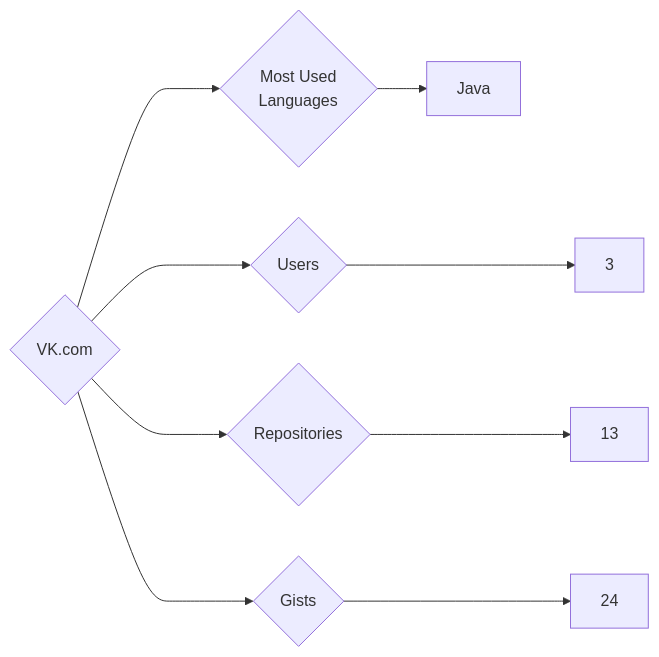
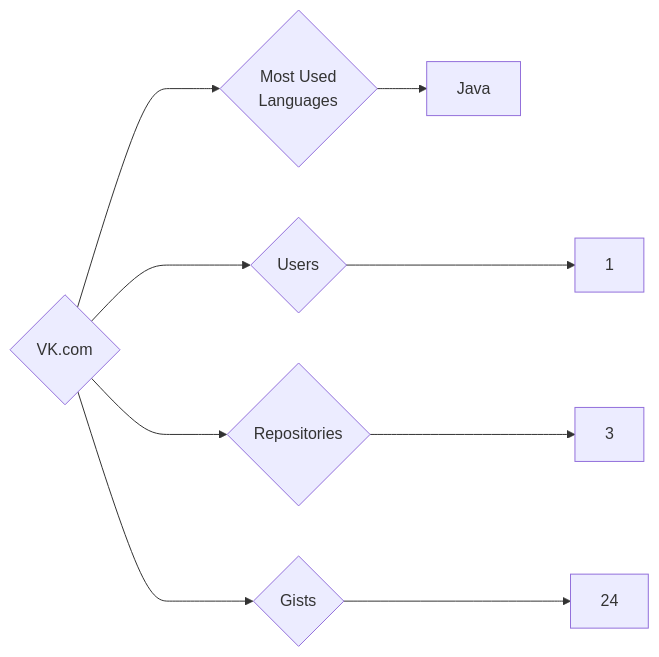
The diagram in targets/VK.com/README.md (trickest/insiders), drawn with Mermaid before and after one commit. The commit also changed 1011 other files, not shown here.

````diff
--- a/targets/VK.com/README.md
+++ b/targets/VK.com/README.md
@@ -3,9 +3,9 @@
 ```mermaid
 graph LR
 COMPANY_NAME{VK.com}
-COMPANY_NAME ---> U{Users} ---> UN[3]
-COMPANY_NAME ---> R{Repositories} ---> RN[13]
+COMPANY_NAME ---> U{Users} ---> UN[1]
+COMPANY_NAME ---> R{Repositories} ---> RN[3]
 COMPANY_NAME ---> G{Gists} ---> GN[24]
 COMPANY_NAME ---> ML{Most Used<br>Languages}
 ML --> Java[Java]
 ```
````
